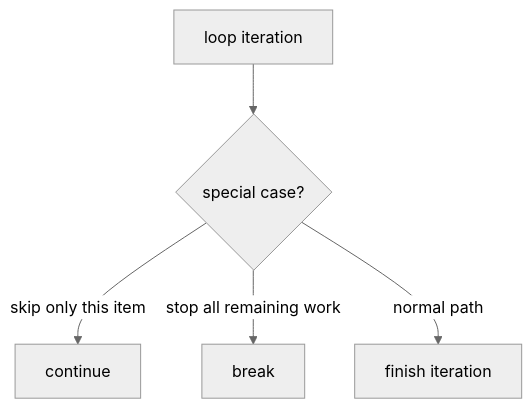
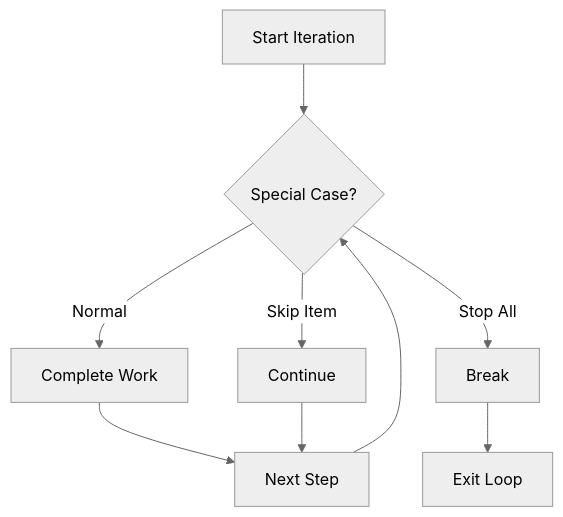
Before and after one commit to rasel9t6/the-go-engineer: the diagram in 02-language-basics/03-control-flow/3-break-continue/README.md, drawn with Mermaid (neutral theme). The commit also changed other lines of this file and 36 other files, not shown here.

````diff
--- a/02-language-basics/03-control-flow/3-break-continue/README.md
+++ b/02-language-basics/03-control-flow/3-break-continue/README.md
@@ -24,7 +25,11 @@
 ```mermaid
 graph TD
-    A["loop iteration"] --> B{"special case?"}
-    B -->|skip only this item| C["continue"]
-    B -->|stop all remaining work| D["break"]
-    B -->|normal path| E["finish iteration"]
+    A["Start Iteration"] --> B{Special Case?}
+    B -- "Skip Item" --> C["Continue"]
+    B -- "Stop All" --> D["Break"]
+    B -- "Normal" --> E["Complete Work"]
+    E --> F["Next Step"]
+    C --> F
+    D --> G["Exit Loop"]
+    F --> B
 ```
````
